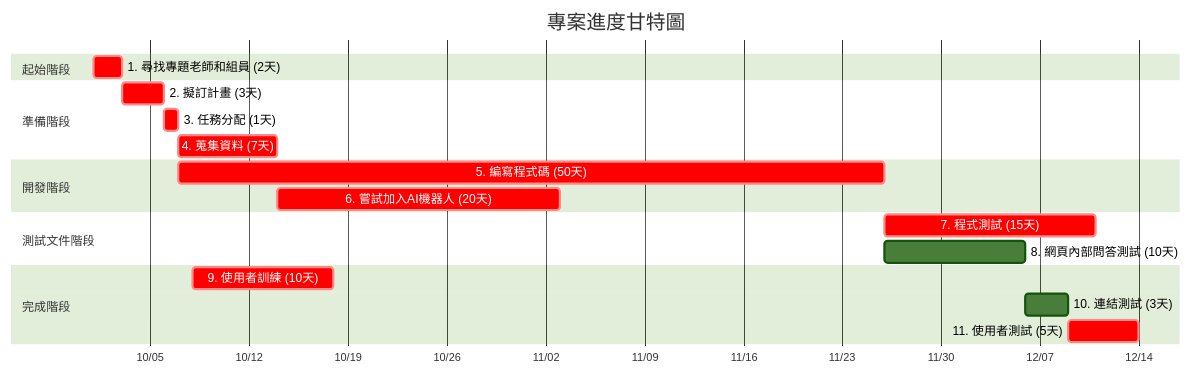
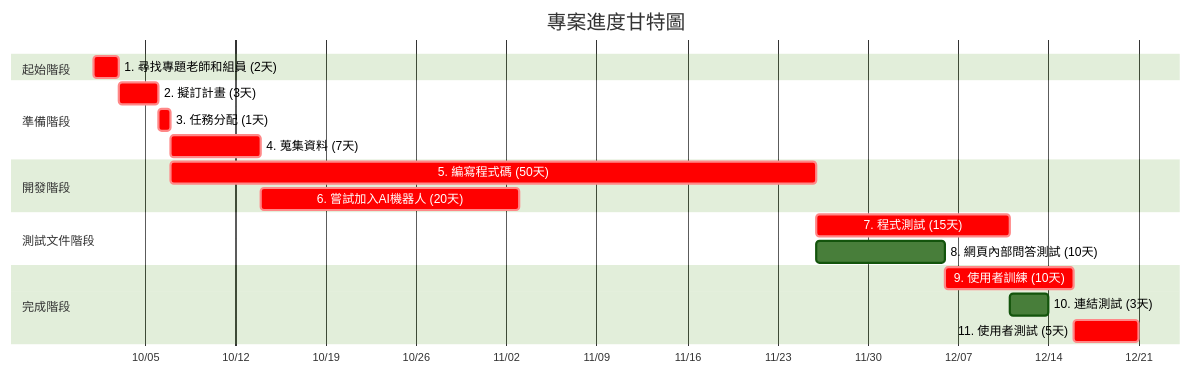
The second of 2 diagrams in hw2.md (c112118202-droid/-), drawn with Mermaid (forest theme) before and after one commit.

````diff
--- a/hw2.md
+++ b/hw2.md
@@ -29,27 +29,27 @@
 ```mermaid
 gantt
     title 專案進度甘特圖
     dateFormat YYYY-MM-DD
     axisFormat %m/%d
     
     section 起始階段
     1. 尋找專題老師和組員 (2天)     :crit, m1, 2025-10-01, 2d
     
     section 準備階段
     2. 擬訂計畫 (3天)     :crit, m2, after m1, 3d
     3. 任務分配 (1天)    :crit, m3, after m2, 1d
     4. 蒐集資料 (7天)    :crit, m4, after m3, 7d
 
     section 開發階段
     5. 編寫程式碼 (50天)    :crit, m5, after m3, 50d
     6. 嘗試加入AI機器人 (20天)    :crit, m6, after m4, 20d
     
     section 測試文件階段
     7. 程式測試 (15天)    :crit, m7, after m5, 15d
-    8. 網頁內部問答測試 (10天) :m7, after m5, 10d
+    8. 網頁內部問答測試 (10天) :m8, after m5, 10d
         
     section 完成階段
-    9. 使用者訓練 (10天)    :crit, m10, after m8, 10d
-    10. 連結測試 (3天)  :m9, after m7 m8, 3d
+    9. 使用者訓練 (10天)    :crit, m9, after m8, 10d
+    10. 連結測試 (3天)  :m10, after m7 m8, 3d
     11. 使用者測試 (5天)  :crit, m11, after m9 m10, 5d
 ```
````
